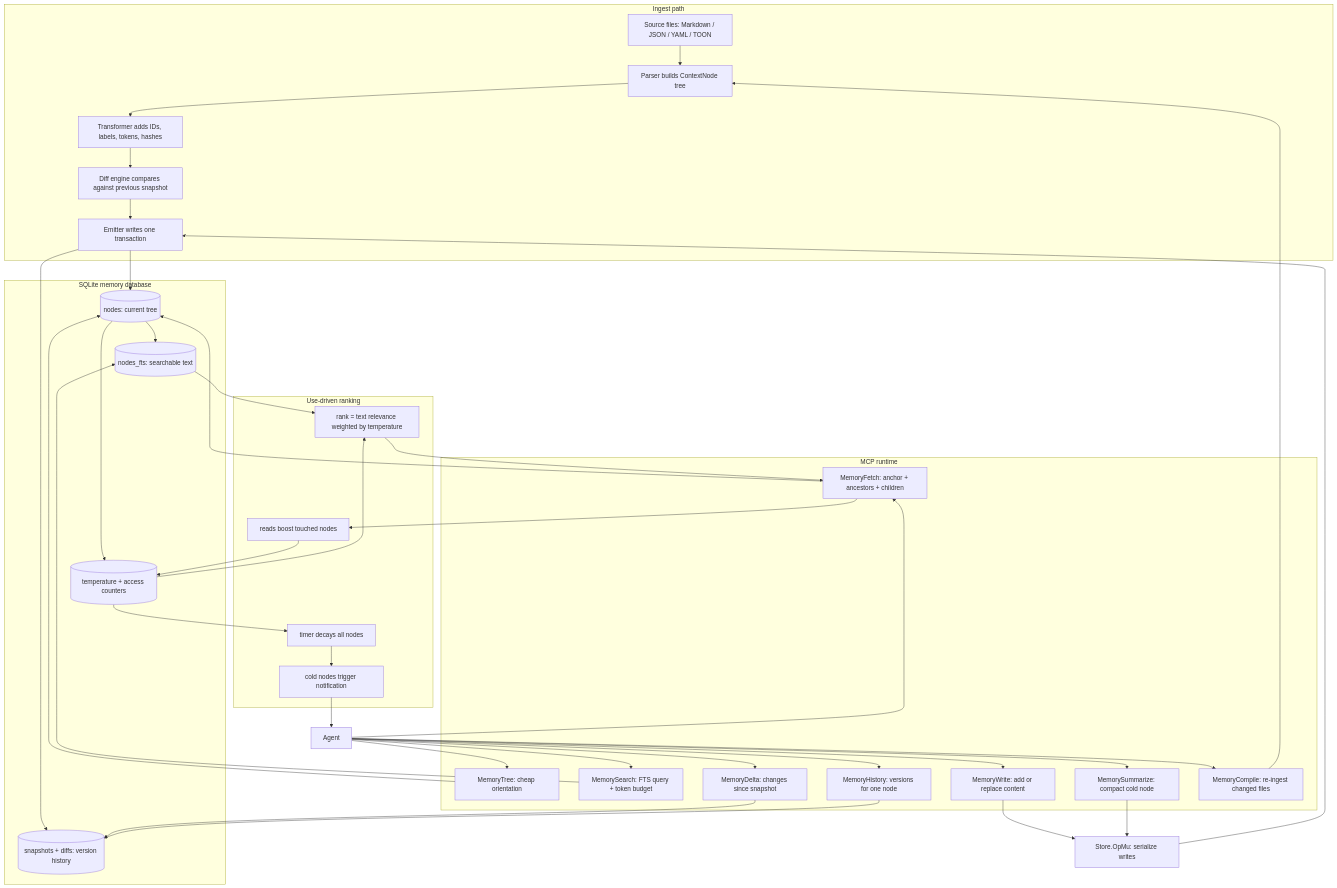
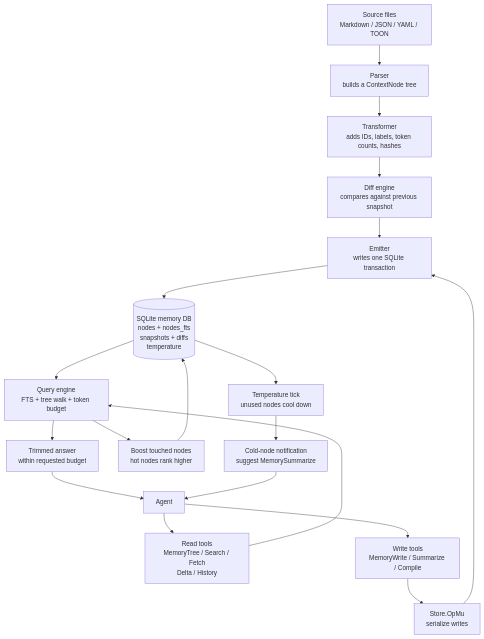
Before and after one commit to special-place-administrator/remindb-Local-Hub: the second of 2 diagrams in README.md, drawn with Mermaid. The commit also changed other lines of this file, not shown here.

Commit message:
docs: make diagrams vertical

````diff
--- a/README.md
+++ b/README.md
@@ -115,65 +95,43 @@
 ```mermaid
 flowchart TB
-    subgraph Ingest["Ingest path"]
-        Source["Source files: Markdown / JSON / YAML / TOON"]
-        Parse["Parser builds ContextNode tree"]
-        Transform["Transformer adds IDs, labels, tokens, hashes"]
-        Diff["Diff engine compares against previous snapshot"]
-        Emit["Emitter writes one transaction"]
-    end
+    Source["Source files<br/>Markdown / JSON / YAML / TOON"]
+    Parse["Parser<br/>builds a ContextNode tree"]
+    Transform["Transformer<br/>adds IDs, labels, token counts, hashes"]
+    Diff["Diff engine<br/>compares against previous snapshot"]
+    Emit["Emitter<br/>writes one SQLite transaction"]
+    DB[("SQLite memory DB<br/>nodes + nodes_fts<br/>snapshots + diffs<br/>temperature")]
 
-    subgraph DB["SQLite memory database"]
-        Nodes[("nodes: current tree")]
-        FTS[("nodes_fts: searchable text")]
-        Snapshots[("snapshots + diffs: version history")]
-        Temps[("temperature + access counters")]
-    end
+    Agent["Agent"]
+    Read["Read tools<br/>MemoryTree / Search / Fetch<br/>Delta / History"]
+    Query["Query engine<br/>FTS + tree walk + token budget"]
+    Answer["Trimmed answer<br/>within requested budget"]
+    Boost["Boost touched nodes<br/>hot nodes rank higher"]
 
-    subgraph Runtime["MCP runtime"]
-        Tree["MemoryTree: cheap orientation"]
-        Search["MemorySearch: FTS query + token budget"]
-        Fetch["MemoryFetch: anchor + ancestors + children"]
-        Delta["MemoryDelta: changes since snapshot"]
-        History["MemoryHistory: versions for one node"]
-        Write["MemoryWrite: add or replace content"]
-        Summarize["MemorySummarize: compact cold node"]
-        Compile["MemoryCompile: re-ingest changed files"]
-    end
+    Write["Write tools<br/>MemoryWrite / Summarize / Compile"]
+    StoreOp["Store.OpMu<br/>serialize writes"]
 
-    subgraph Temperature["Use-driven ranking"]
-        Rank["rank = text relevance weighted by temperature"]
-        Boost["reads boost touched nodes"]
-        Decay["timer decays all nodes"]
-        Cold["cold nodes trigger notification"]
-    end
+    Decay["Temperature tick<br/>unused nodes cool down"]
+    Cold["Cold-node notification<br/>suggest MemorySummarize"]
 
-    Agent["Agent"] --> Tree
-    Agent --> Search
-    Agent --> Fetch
-    Agent --> Delta
-    Agent --> History
+    Source --> Parse
+    Parse --> Transform
+    Transform --> Diff
+    Diff --> Emit
+    Emit --> DB
+
+    Agent --> Read
+    Read --> Query
+    DB --> Query
+    Query --> Answer
+    Answer --> Agent
+    Query --> Boost
+    Boost --> DB
+
     Agent --> Write
-    Agent --> Summarize
-    Agent --> Compile
-
-    Source --> Parse --> Transform --> Diff --> Emit
-    Compile --> Parse
-    Write --> StoreOp["Store.OpMu: serialize writes"]
-    Summarize --> StoreOp
+    Write --> StoreOp
     StoreOp --> Emit
 
-    Emit --> Nodes
-    Emit --> Snapshots
-    Nodes --> FTS
-    Nodes --> Temps
-
-    Tree --> Nodes
-    Search --> FTS --> Rank --> Fetch
-    Fetch --> Nodes
-    Fetch --> Boost --> Temps
-    Delta --> Snapshots
-    History --> Snapshots
-
-    Temps --> Rank
-    Temps --> Decay --> Cold --> Agent
+    DB --> Decay
+    Decay --> Cold
+    Cold --> Agent
 ```
````
